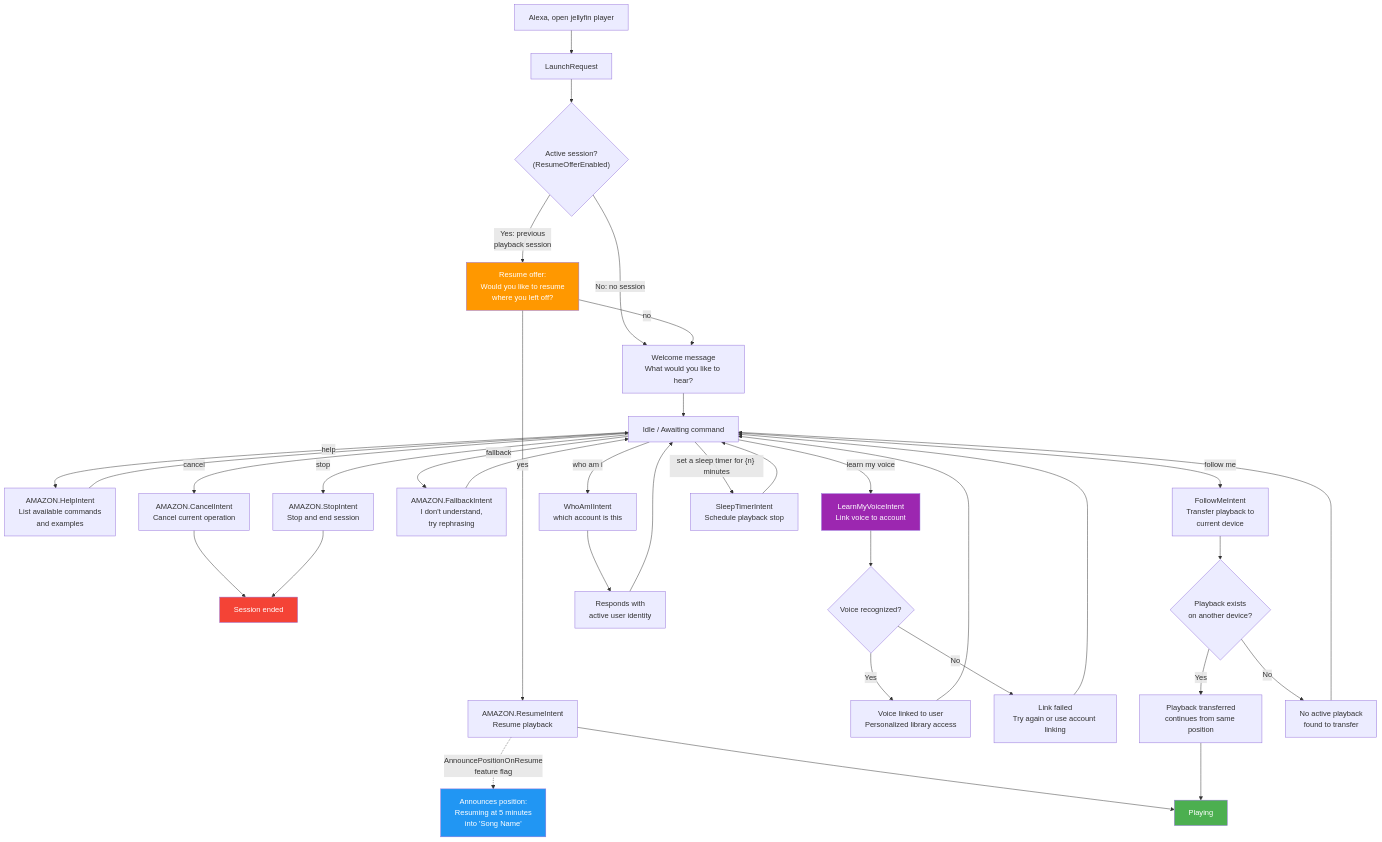
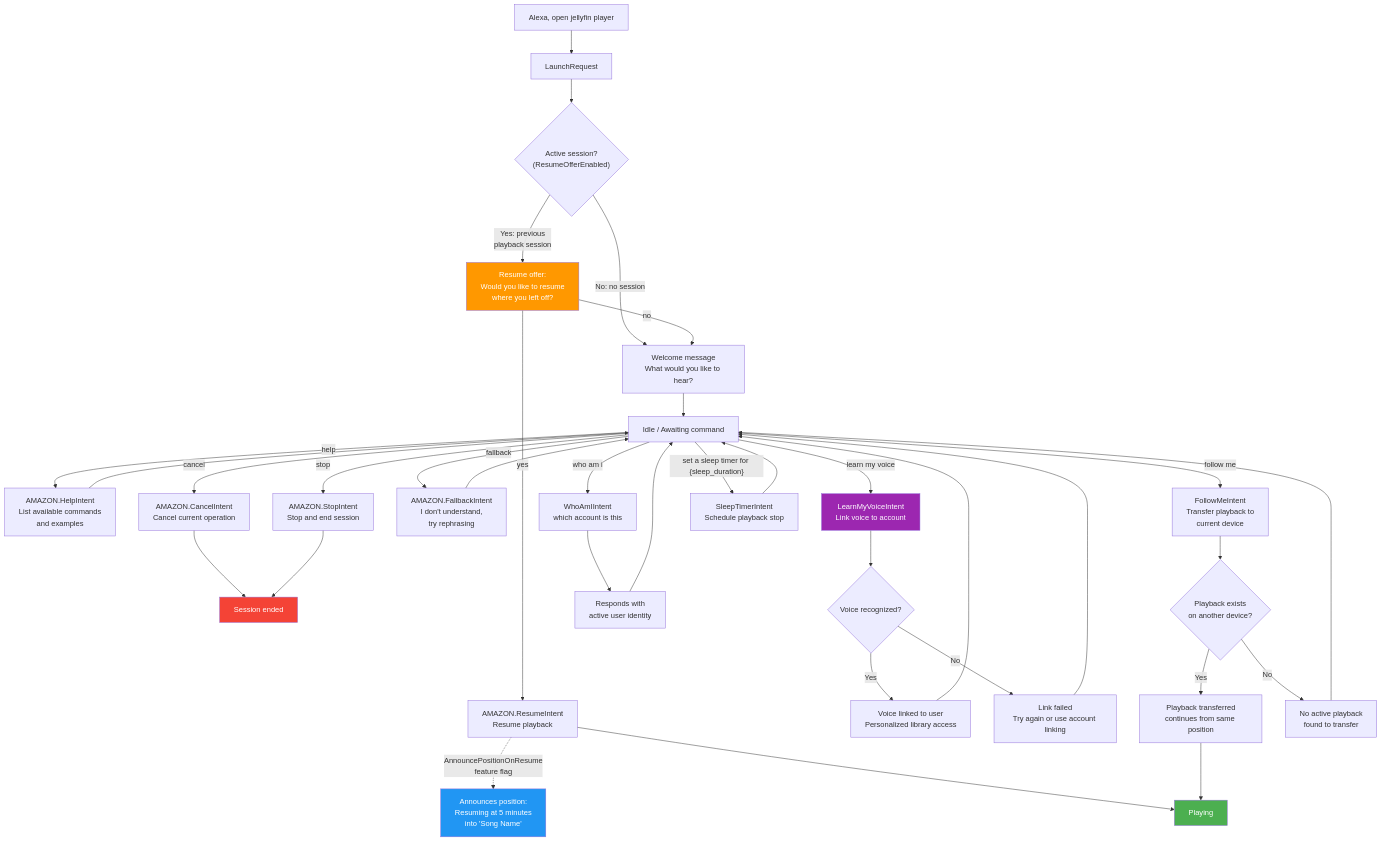
The diagram in docs/session-management-en-AU.md (paoloantinori/jellyfin-alexa-plugin), drawn with Mermaid before and after one commit. The commit also changed 94 other files, not shown here.

````diff
--- a/docs/session-management-en-AU.md
+++ b/docs/session-management-en-AU.md
@@ -3,56 +3,56 @@
 ```mermaid
 graph TD
     Open["Alexa, open jellyfin player"] --> LaunchRequest["LaunchRequest"]
 
     LaunchRequest --> HasSession{"Active session?<br/>(ResumeOfferEnabled)"}
 
     HasSession -->|"Yes: previous<br/>playback session"| ResumeOffer["Resume offer:<br/>Would you like to resume<br/>where you left off?"]
     HasSession -->|"No: no session"| Welcome["Welcome message<br/>What would you like to hear?"]
 
     ResumeOffer -->|"yes"| ResumePlay["AMAZON.ResumeIntent<br/>Resume playback"]
     ResumeOffer -->|"no"| Welcome
 
     ResumePlay -.->|"AnnouncePositionOnResume<br/>feature flag"| PositionAnnounce["Announces position:<br/>Resuming at 5 minutes<br/>into 'Song Name'"]
     ResumePlay --> Playing["Playing"]
 
     Welcome --> Idle["Idle / Awaiting command"]
 
     Idle -->|"help"| Help["AMAZON.HelpIntent<br/>List available commands<br/>and examples"]
     Idle -->|"cancel"| Cancel["AMAZON.CancelIntent<br/>Cancel current operation"]
     Idle -->|"stop"| Stop["AMAZON.StopIntent<br/>Stop and end session"]
     Idle -->|"fallback"| Fallback["AMAZON.FallbackIntent<br/>I don't understand,<br/>try rephrasing"]
 
     Help --> Idle
     Cancel --> EndSession["Session ended"]
     Stop --> EndSession
     Fallback --> Idle
 
     Idle -->|"learn my voice"| VoiceLink["LearnMyVoiceIntent<br/>Link voice to account"]
     VoiceLink --> VoiceResult{"Voice recognized?"}
     VoiceResult -->|"Yes"| Linked["Voice linked to user<br/>Personalized library access"]
     VoiceResult -->|"No"| LinkFailed["Link failed<br/>Try again or use account linking"]
 
     Linked --> Idle
     LinkFailed --> Idle
 
     Idle -->|"who am i"| WhoAmI["WhoAmIIntent<br/>which account is this"]
     WhoAmI --> IdentityResp["Responds with<br/>active user identity"]
     IdentityResp --> Idle
 
     Idle -->|"follow me"| FollowMe["FollowMeIntent<br/>Transfer playback to<br/>current device"]
     FollowMe --> FollowTransfer{"Playback exists<br/>on another device?"}
     FollowTransfer -->|"Yes"| TransferOK["Playback transferred<br/>continues from same position"]
     FollowTransfer -->|"No"| NoTransfer["No active playback<br/>found to transfer"]
 
     TransferOK --> Playing
     NoTransfer --> Idle
 
-    Idle -->|"set a sleep timer for {n} minutes"| Sleep["SleepTimerIntent<br/>Schedule playback stop"]
+    Idle -->|"set a sleep timer for {sleep_duration}"| Sleep["SleepTimerIntent<br/>Schedule playback stop"]
     Sleep --> Idle
 
     style Playing fill:#4CAF50,color:#fff
     style EndSession fill:#f44336,color:#fff
     style VoiceLink fill:#9C27B0,color:#fff
     style ResumeOffer fill:#FF9800,color:#fff
     style PositionAnnounce fill:#2196F3,color:#fff
 ```
````
